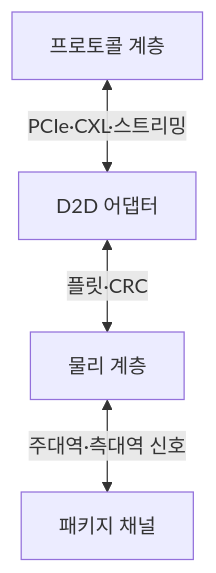
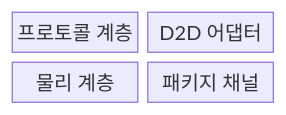
One commit to agnusdei1207/knowledge-base changed the first of 2 diagrams in src/content/docs/notes/02-hardware/050_ucie.md. Above: the diagram before and after it, drawn with Mermaid. The commit also changed other lines of this file and 20 other files, not shown here.

````diff
--- a/src/content/docs/notes/02-hardware/050_ucie.md
+++ b/src/content/docs/notes/02-hardware/050_ucie.md
@@ -69,10 +68,8 @@
 ```mermaid
-flowchart TB
-    P[프로토콜 계층]
-    A[D2D 어댑터]
-    Y[물리 계층]
-    C[패키지 채널]
-    P <-->|PCIe·CXL·스트리밍| A
-    A <-->|플릿·CRC| Y
-    Y <-->|주대역·측대역 신호| C
+block
+    columns 2
+    P["프로토콜 계층"]
+    A["D2D 어댑터"]
+    Y["물리 계층"]
+    C["패키지 채널"]
 ```
````
